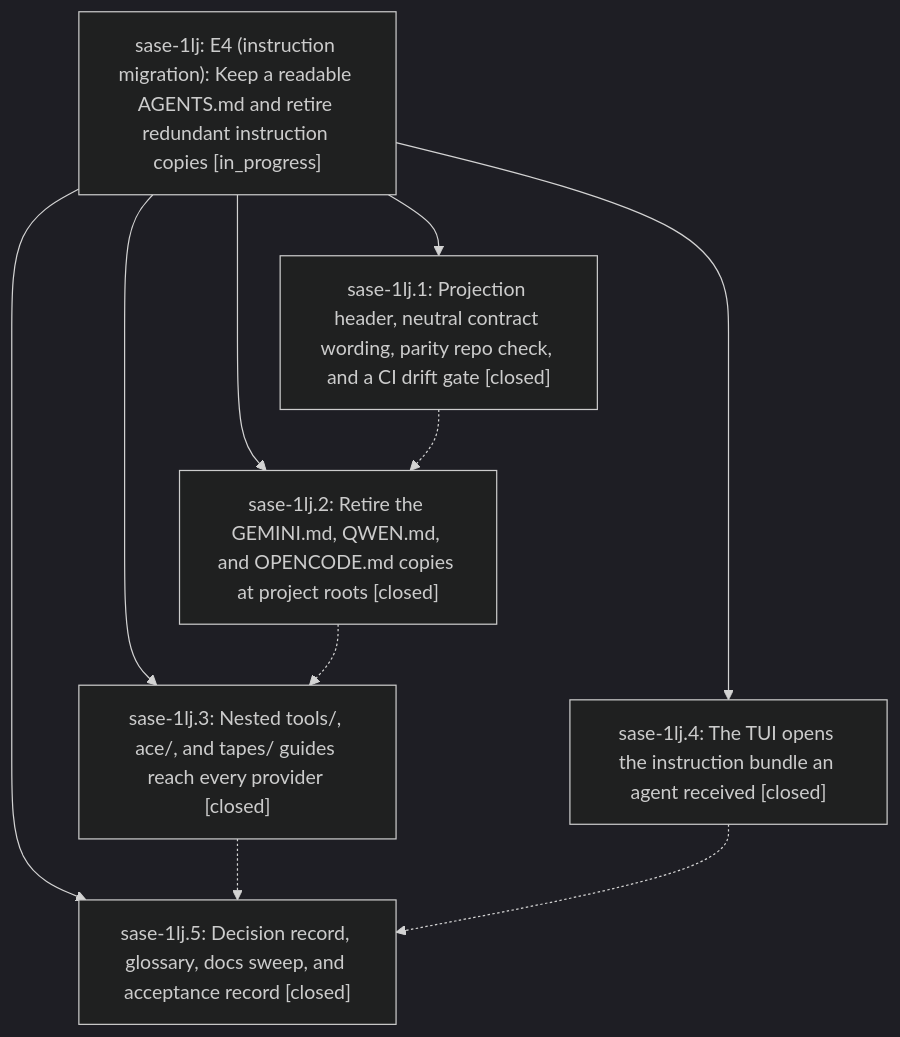
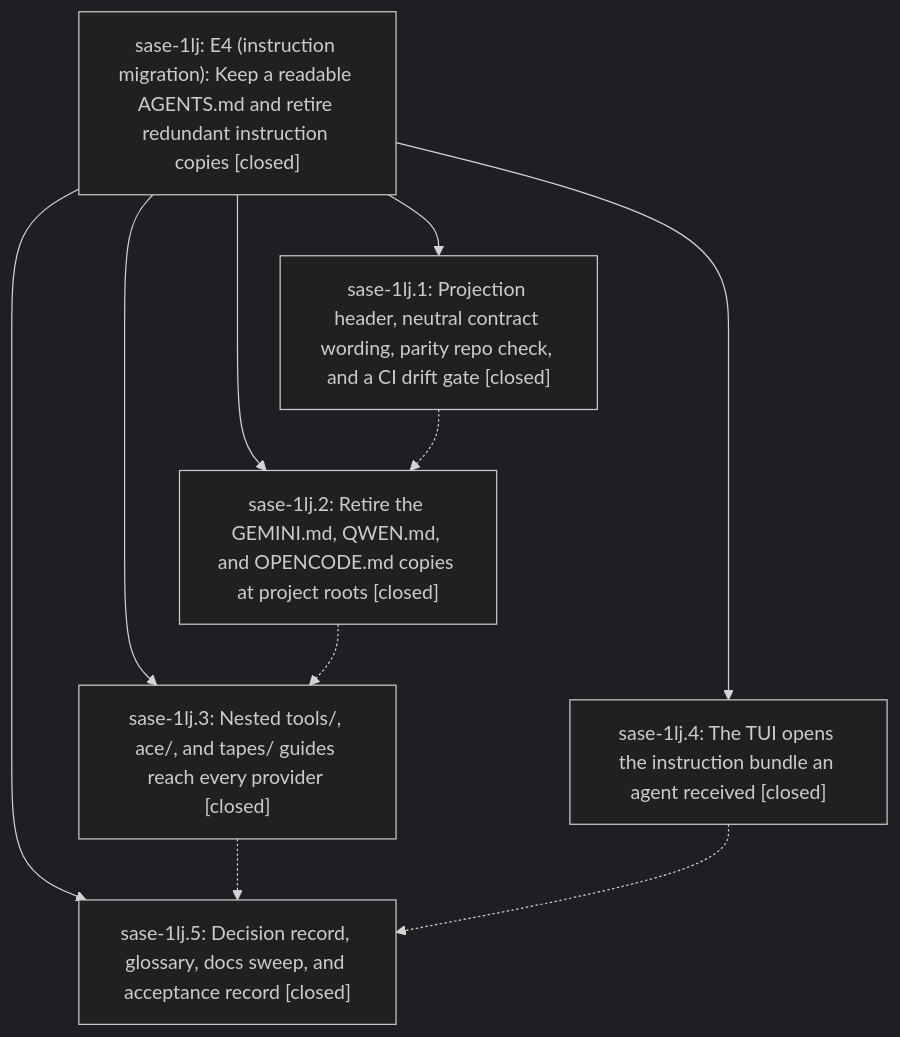
The diagram in pages/sase-1lj/README.md (sase-org/sase--beads), drawn with Mermaid (dark theme) before and after one commit. The commit also changed other lines of this file and 5 other files, not shown here.

````diff
--- a/pages/sase-1lj/README.md
+++ b/pages/sase-1lj/README.md
@@ -52,18 +72,18 @@
 ```mermaid
 flowchart TD
-    n0["sase-1lj: E4 (instruction migration): Keep a readable AGENTS.md and retire redundant instruction copies [in_progress]"]
+    n0["sase-1lj: E4 (instruction migration): Keep a readable AGENTS.md and retire redundant instruction copies [closed]"]
     n1["sase-1lj.1: Projection header, neutral contract wording, parity repo check, and a CI drift gate [closed]"]
     n2["sase-1lj.2: Retire the GEMINI.md, QWEN.md, and OPENCODE.md copies at project roots [closed]"]
     n3["sase-1lj.3: Nested tools/, ace/, and tapes/ guides reach every provider [closed]"]
     n4["sase-1lj.4: The TUI opens the instruction bundle an agent received [closed]"]
     n5["sase-1lj.5: Decision record, glossary, docs sweep, and acceptance record [closed]"]
     n0 --> n1
     n0 --> n2
     n0 --> n3
     n0 --> n4
     n0 --> n5
     n1 -.-> n2
     n2 -.-> n3
     n3 -.-> n5
     n4 -.-> n5
 ```
````
